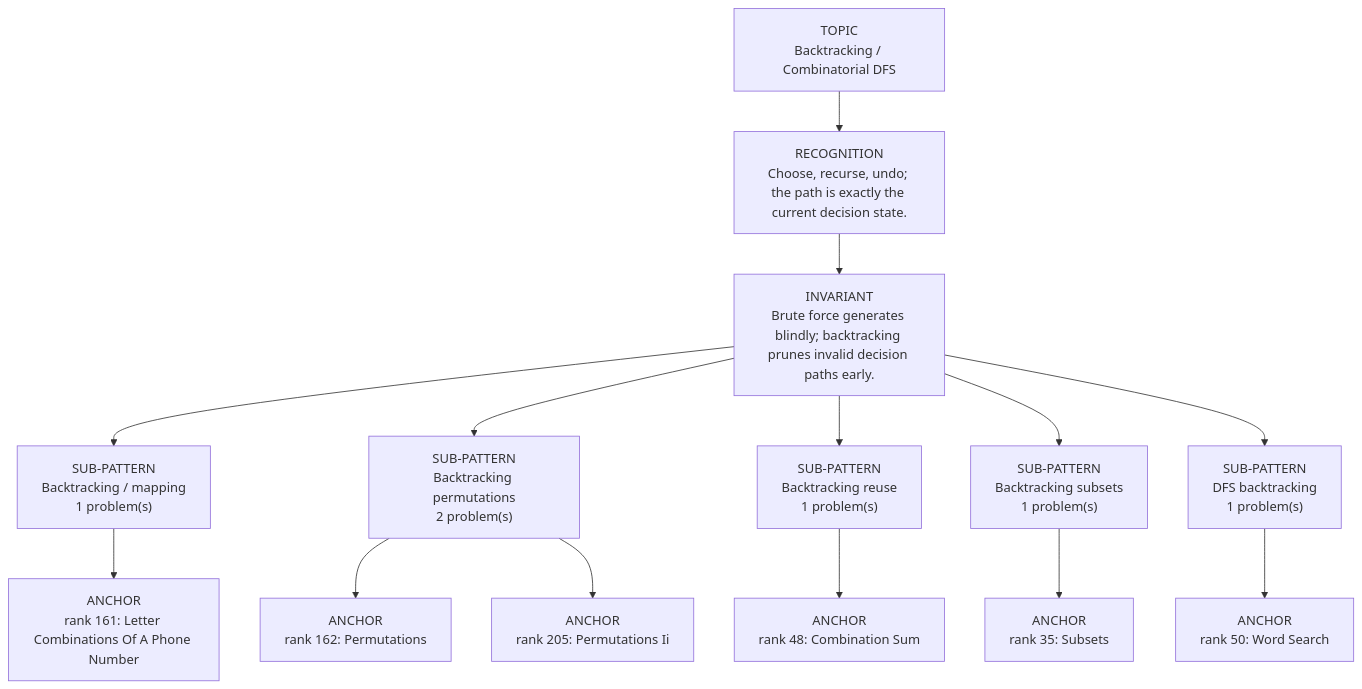
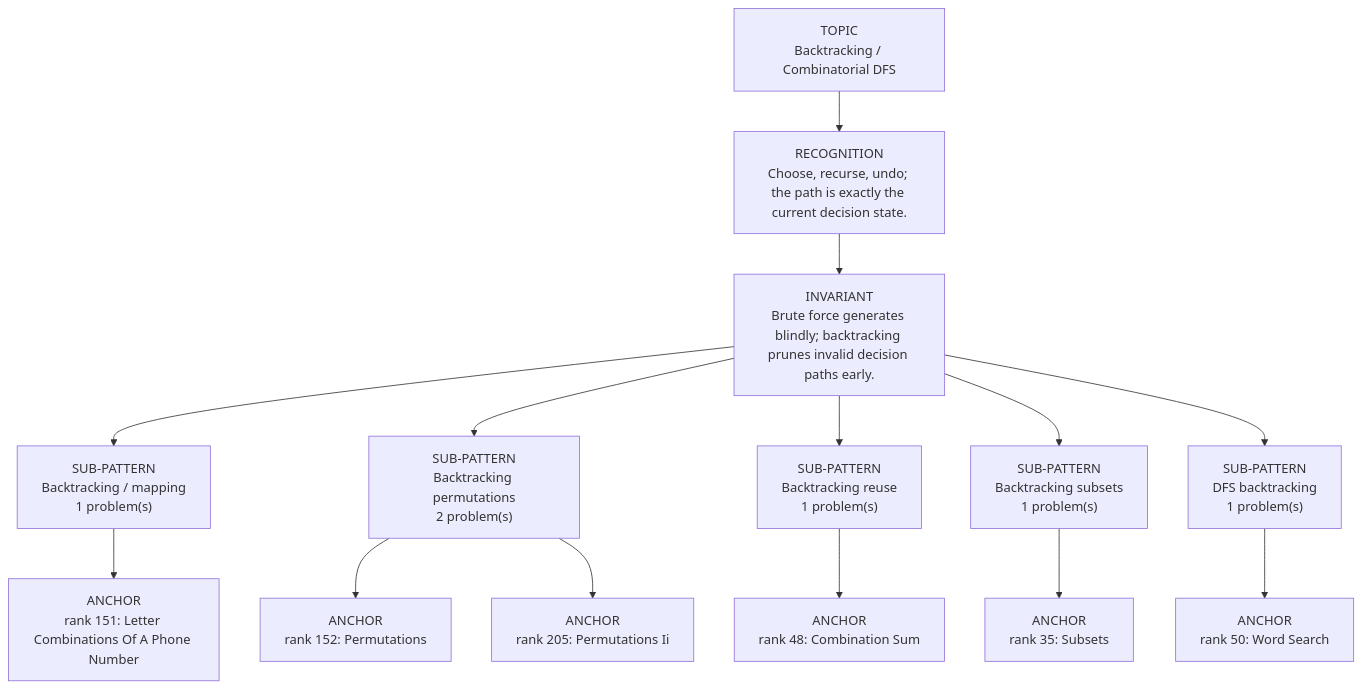
The diagram in dsa-review/interview/patterns/13_backtracking.md (thechiranjeevjain/DSA10days), drawn with Mermaid before and after one commit. The commit also changed other lines of this file and 28 other files, not shown here.

````diff
--- a/dsa-review/interview/patterns/13_backtracking.md
+++ b/dsa-review/interview/patterns/13_backtracking.md
@@ -15,18 +15,18 @@
 ```mermaid
 flowchart TD
   Topic["TOPIC<br/>Backtracking / Combinatorial DFS"]
   Recognition["RECOGNITION<br/>Choose, recurse, undo; the path is exactly the current decision state."]
   Invariant["INVARIANT<br/>Brute force generates blindly; backtracking prunes invalid decision paths early."]
   Topic --> Recognition --> Invariant
   Invariant --> Sub01["SUB-PATTERN<br/>Backtracking / mapping<br/>1 problem(s)"]
-  Sub01 --> Sub01A01["ANCHOR<br/>rank 161: Letter Combinations Of A Phone Number"]
+  Sub01 --> Sub01A01["ANCHOR<br/>rank 151: Letter Combinations Of A Phone Number"]
   Invariant --> Sub02["SUB-PATTERN<br/>Backtracking permutations<br/>2 problem(s)"]
-  Sub02 --> Sub02A01["ANCHOR<br/>rank 162: Permutations"]
+  Sub02 --> Sub02A01["ANCHOR<br/>rank 152: Permutations"]
   Sub02 --> Sub02A02["ANCHOR<br/>rank 205: Permutations Ii"]
   Invariant --> Sub03["SUB-PATTERN<br/>Backtracking reuse<br/>1 problem(s)"]
   Sub03 --> Sub03A01["ANCHOR<br/>rank 48: Combination Sum"]
   Invariant --> Sub04["SUB-PATTERN<br/>Backtracking subsets<br/>1 problem(s)"]
   Sub04 --> Sub04A01["ANCHOR<br/>rank 35: Subsets"]
   Invariant --> Sub05["SUB-PATTERN<br/>DFS backtracking<br/>1 problem(s)"]
   Sub05 --> Sub05A01["ANCHOR<br/>rank 50: Word Search"]
 ```
````
